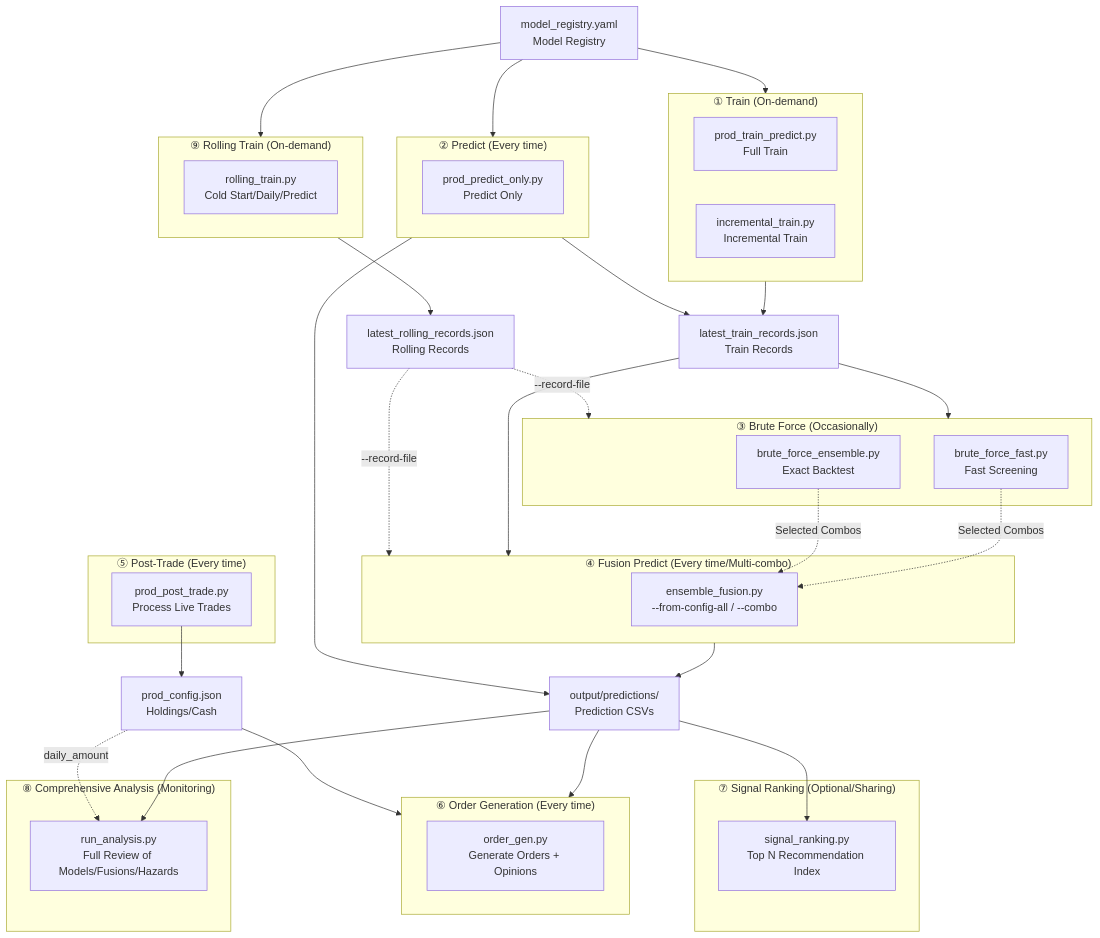
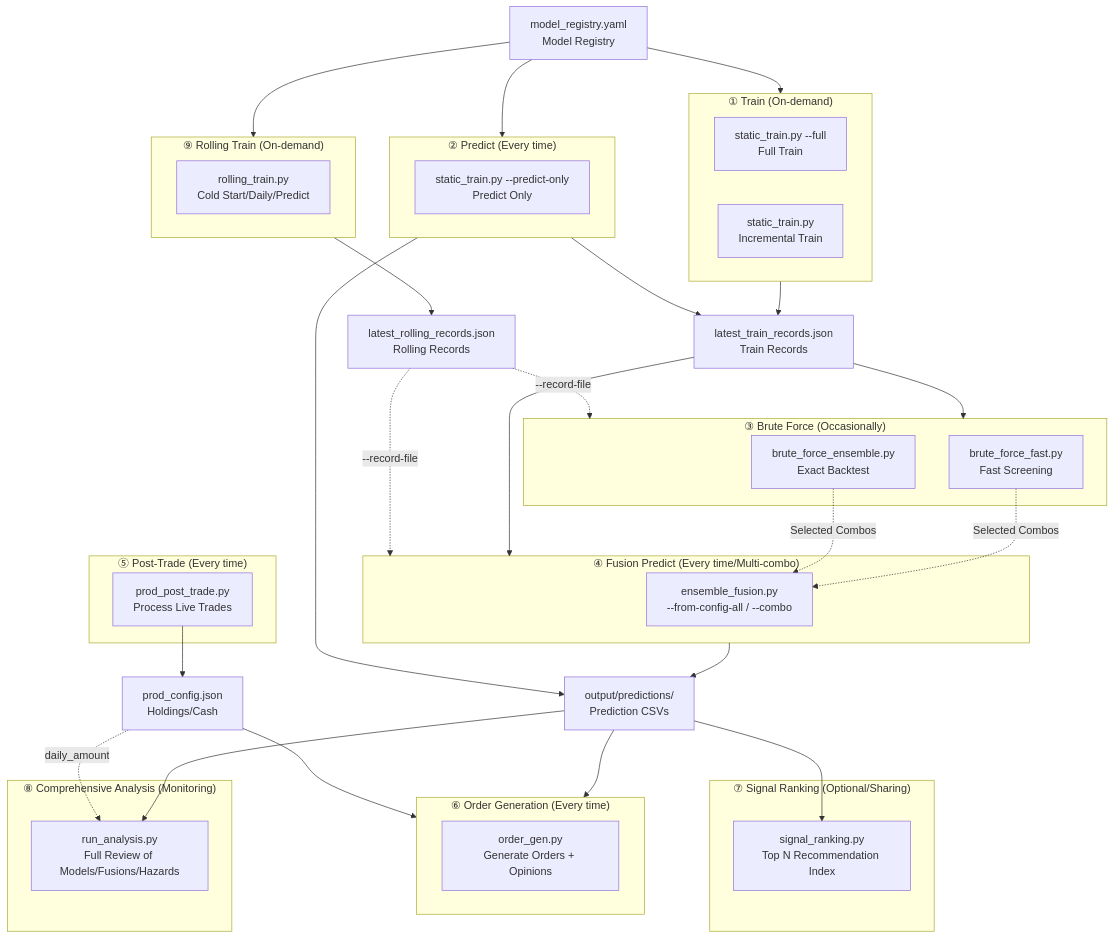
One commit to DarkLink/QuantPits changed the diagram in docs/en/00_SYSTEM_OVERVIEW.md. Above: the diagram before and after it, drawn with Mermaid. The commit also changed other lines of this file and 29 other files, not shown here.

````diff
--- a/docs/en/00_SYSTEM_OVERVIEW.md
+++ b/docs/en/00_SYSTEM_OVERVIEW.md
@@ -44,67 +44,67 @@
 ```mermaid
 flowchart TB
     subgraph TRAIN["① Train (On-demand)"]
-        TP["prod_train_predict.py<br/>Full Train"]
-        IT["incremental_train.py<br/>Incremental Train"]
+        TP["static_train.py --full<br/>Full Train"]
+        IT["static_train.py<br/>Incremental Train"]
     end
 
     subgraph ROLLING["⑨ Rolling Train (On-demand)"]
         RT["rolling_train.py<br/>Cold Start/Daily/Predict"]
     end
 
     subgraph PREDICT["② Predict (Every time)"]
-        PO["prod_predict_only.py<br/>Predict Only"]
+        PO["static_train.py --predict-only<br/>Predict Only"]
     end
 
     subgraph BRUTEFORCE["③ Brute Force (Occasionally)"]
         BF["brute_force_ensemble.py<br/>Exact Backtest"]
         BFF["brute_force_fast.py<br/>Fast Screening"]
     end
 
     subgraph FUSION["④ Fusion Predict (Every time/Multi-combo)"]
         EF["ensemble_fusion.py<br/>--from-config-all / --combo"]
     end
 
     subgraph POSTTRADE["⑤ Post-Trade (Every time)"]
         PT["prod_post_trade.py<br/>Process Live Trades"]
     end
 
     subgraph ORDERGEN["⑥ Order Generation (Every time)"]
         OG["order_gen.py<br/>Generate Orders + Opinions"]
     end
 
     subgraph SIGNAL["⑦ Signal Ranking (Optional/Sharing)"]
         SR["signal_ranking.py<br/>Top N Recommendation Index"]
     end
 
     subgraph ANALYSIS["⑧ Comprehensive Analysis (Monitoring)"]
         AN["run_analysis.py<br/>Full Review of Models/Fusions/Hazards"]
     end
 
     REG["model_registry.yaml<br/>Model Registry"]
     LTR["latest_train_records.json<br/>Train Records"]
     LRR["latest_rolling_records.json<br/>Rolling Records"]
     PRED_CSV["output/predictions/<br/>Prediction CSVs"]
     WC["prod_config.json<br/>Holdings/Cash"]
 
     REG --> TRAIN
     REG --> PREDICT
     REG --> ROLLING
     TRAIN --> LTR
     PREDICT --> LTR
     ROLLING --> LRR
     LTR --> BRUTEFORCE
     LTR --> FUSION
     LRR -.->|--record-file| BRUTEFORCE
     LRR -.->|--record-file| FUSION
     FUSION --> PRED_CSV
     PREDICT --> PRED_CSV
     PRED_CSV --> ORDERGEN
     PRED_CSV --> SR
     PRED_CSV --> AN
     PT --> WC
     WC --> ORDERGEN
     WC -.->|daily_amount| AN
     BFF -.->|Selected Combos| EF
     BF -.->|Selected Combos| EF
 ```
````
